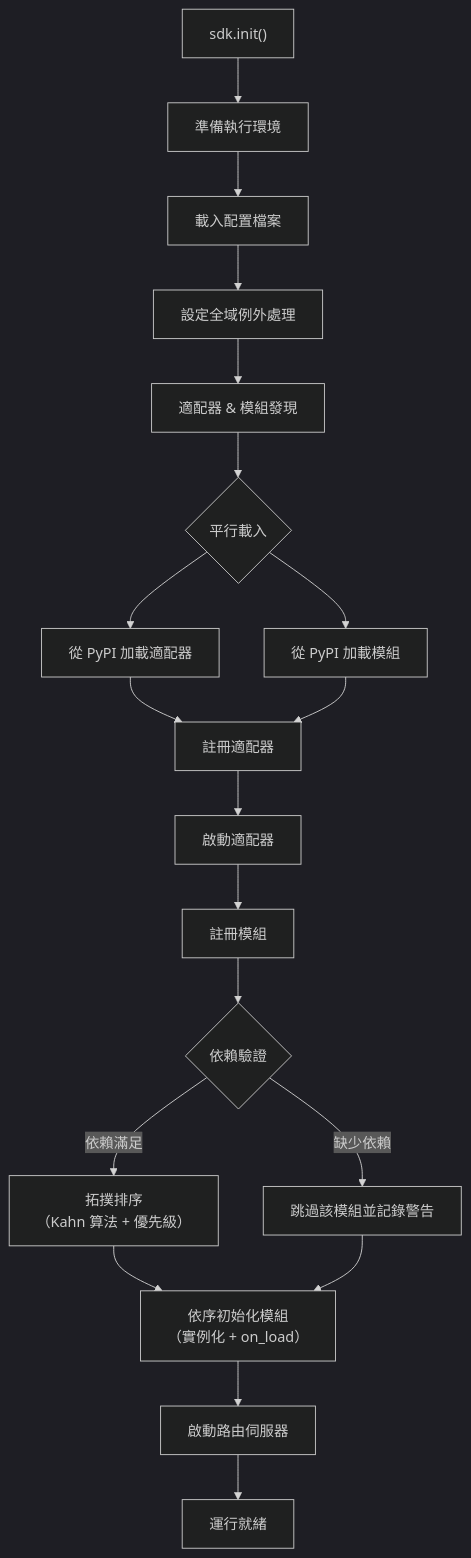
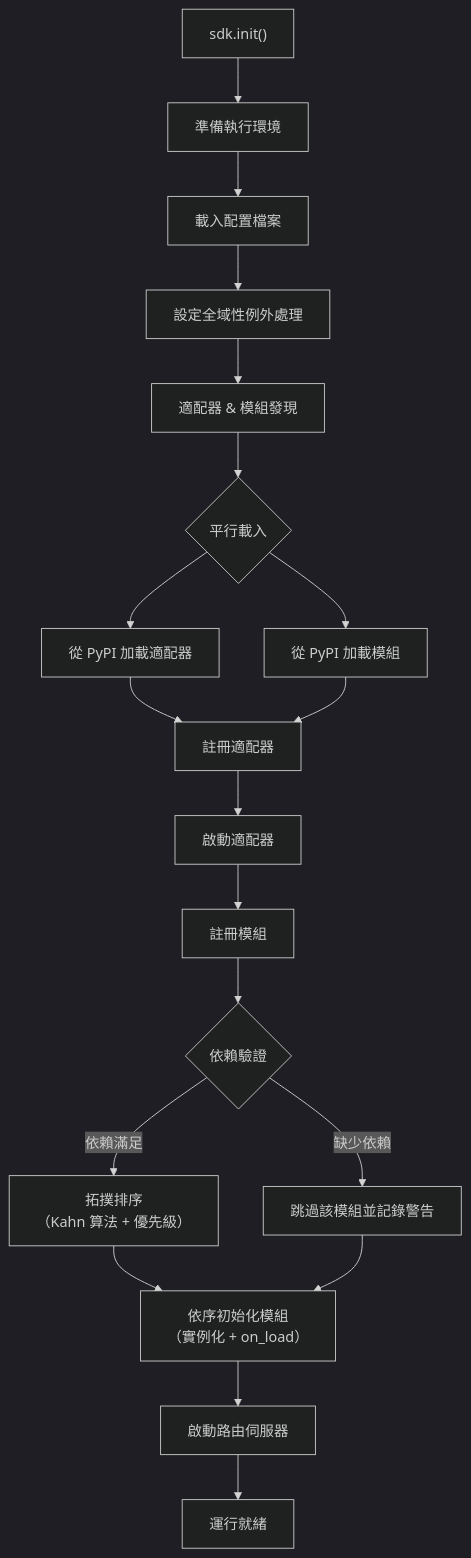
Before and after one commit to ErisPulse/ErisPulse: the second of 9 diagrams in docs/zh-TW/architecture.md, drawn with Mermaid (dark theme). The commit also changed other lines of this file and 299 other files, not shown here.

````diff
--- a/docs/zh-TW/architecture.md
+++ b/docs/zh-TW/architecture.md
@@ -61,20 +59,20 @@
 ```mermaid
 flowchart TD
     A["sdk.init()"] --> B["準備執行環境"]
     B --> B1["載入配置檔案"]
-    B1 --> B2["設定全域例外處理"]
+    B1 --> B2["設定全域性例外處理"]
     B2 --> C["適配器 & 模組發現"]
     C --> D{"平行載入"}
     D --> D1["從 PyPI 加載適配器"]
     D --> D2["從 PyPI 加載模組"]
     D1 & D2 --> E["註冊適配器"]
     E --> E1["啟動適配器"]
     E1 --> F["註冊模組"]
     F --> F1{"依賴驗證"}
     F1 -->|"缺少依賴"| F2["跳過該模組並記錄警告"]
     F1 -->|"依賴滿足"| F3["拓撲排序<br/>（Kahn 算法 + 優先級）"]
     F3 --> G["依序初始化模組<br/>（實例化 + on_load）"]
     F2 --> G
     G --> H["啟動路由伺服器"]
     H --> K["運行就緒"]
 ```
````
